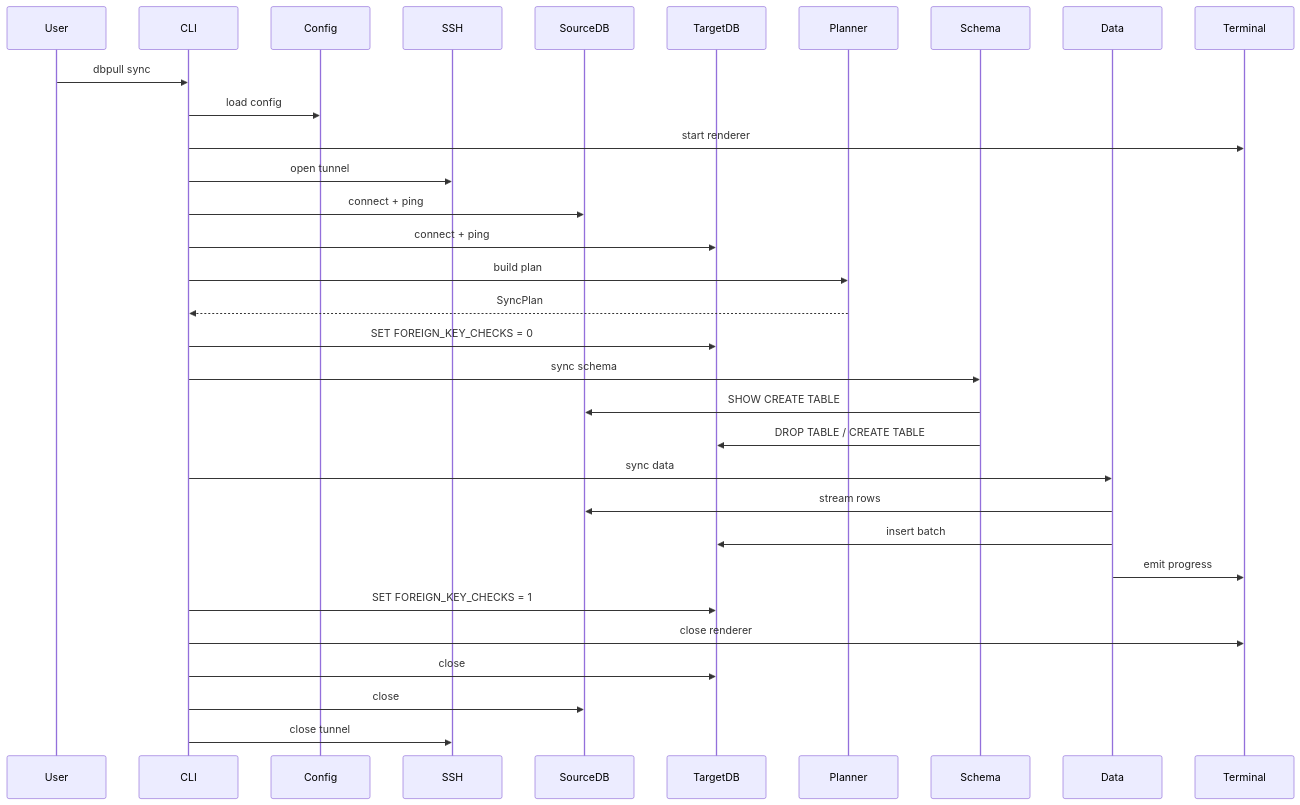
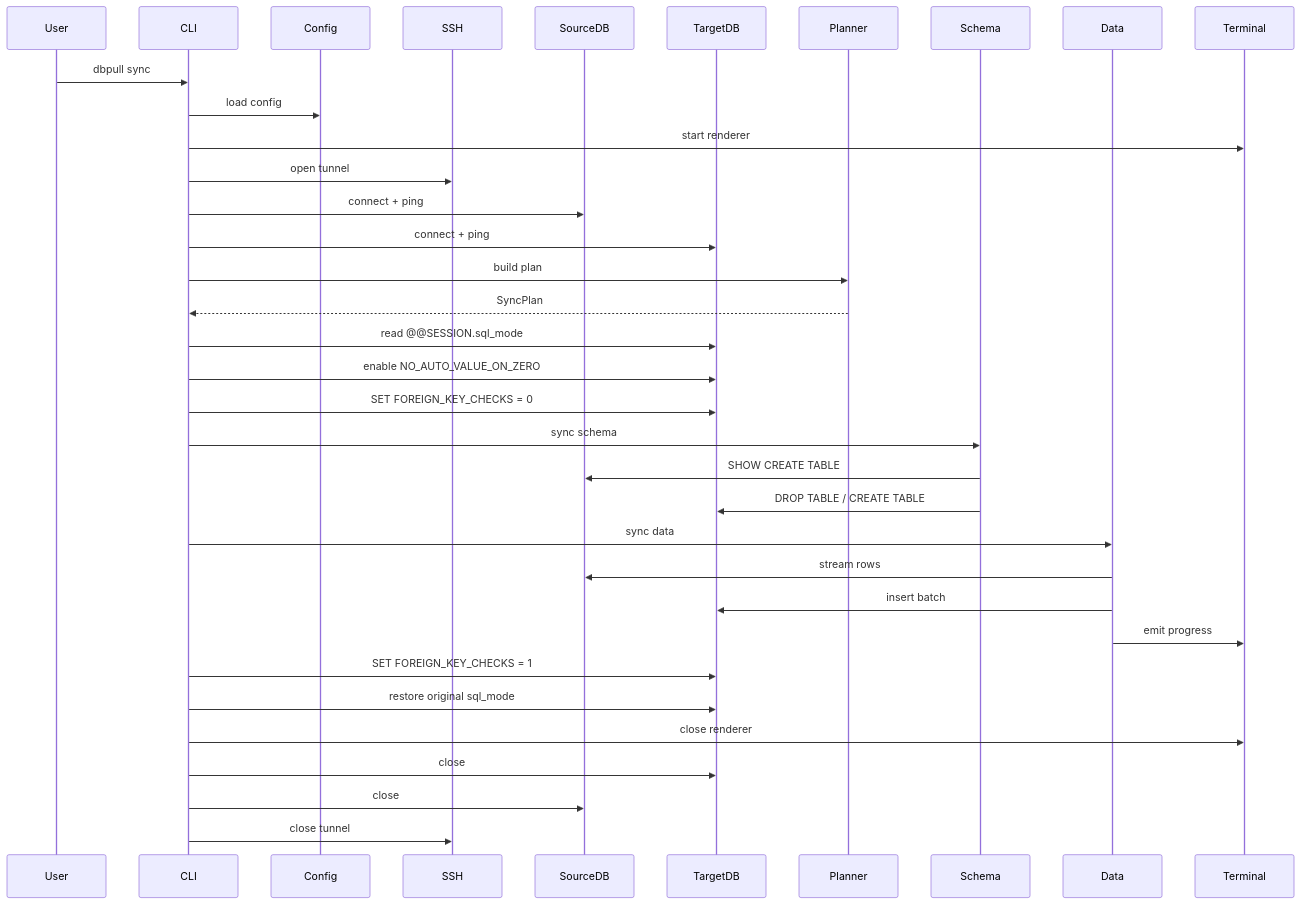
The fourth of 4 diagrams in TDD.md (faisallbhr/dbpull), drawn with Mermaid before and after one commit. The commit also changed other lines of this file and 5 other files, not shown here.

````diff
--- a/TDD.md
+++ b/TDD.md
@@ -459,35 +461,38 @@
 ```mermaid
 sequenceDiagram
     participant User
     participant CLI
     participant Config
     participant SSH
     participant SourceDB
     participant TargetDB
     participant Planner
     participant Schema
     participant Data
     participant Terminal
 
     User->>CLI: dbpull sync
     CLI->>Config: load config
     CLI->>Terminal: start renderer
     CLI->>SSH: open tunnel
     CLI->>SourceDB: connect + ping
     CLI->>TargetDB: connect + ping
     CLI->>Planner: build plan
     Planner-->>CLI: SyncPlan
+    CLI->>TargetDB: read @@SESSION.sql_mode
+    CLI->>TargetDB: enable NO_AUTO_VALUE_ON_ZERO
     CLI->>TargetDB: SET FOREIGN_KEY_CHECKS = 0
     CLI->>Schema: sync schema
     Schema->>SourceDB: SHOW CREATE TABLE
     Schema->>TargetDB: DROP TABLE / CREATE TABLE
     CLI->>Data: sync data
     Data->>SourceDB: stream rows
     Data->>TargetDB: insert batch
     Data->>Terminal: emit progress
     CLI->>TargetDB: SET FOREIGN_KEY_CHECKS = 1
+    CLI->>TargetDB: restore original sql_mode
     CLI->>Terminal: close renderer
     CLI->>TargetDB: close
     CLI->>SourceDB: close
     CLI->>SSH: close tunnel
 ```
````
